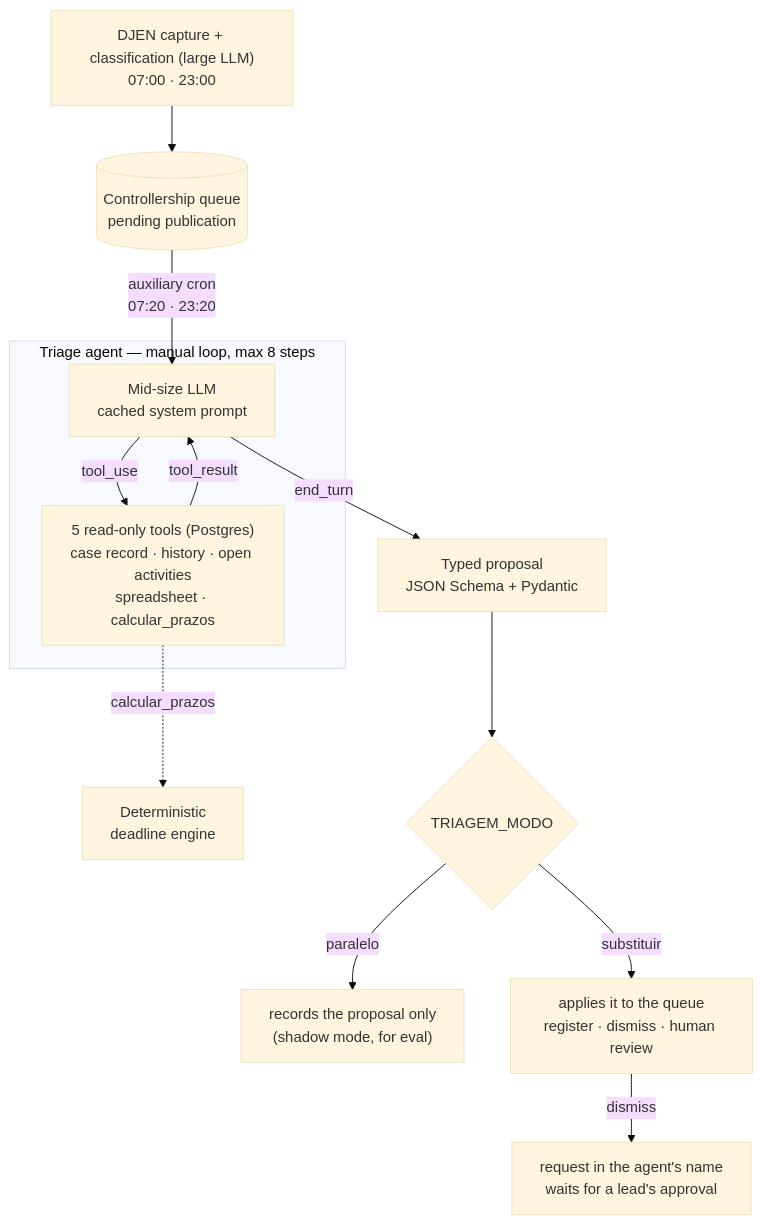
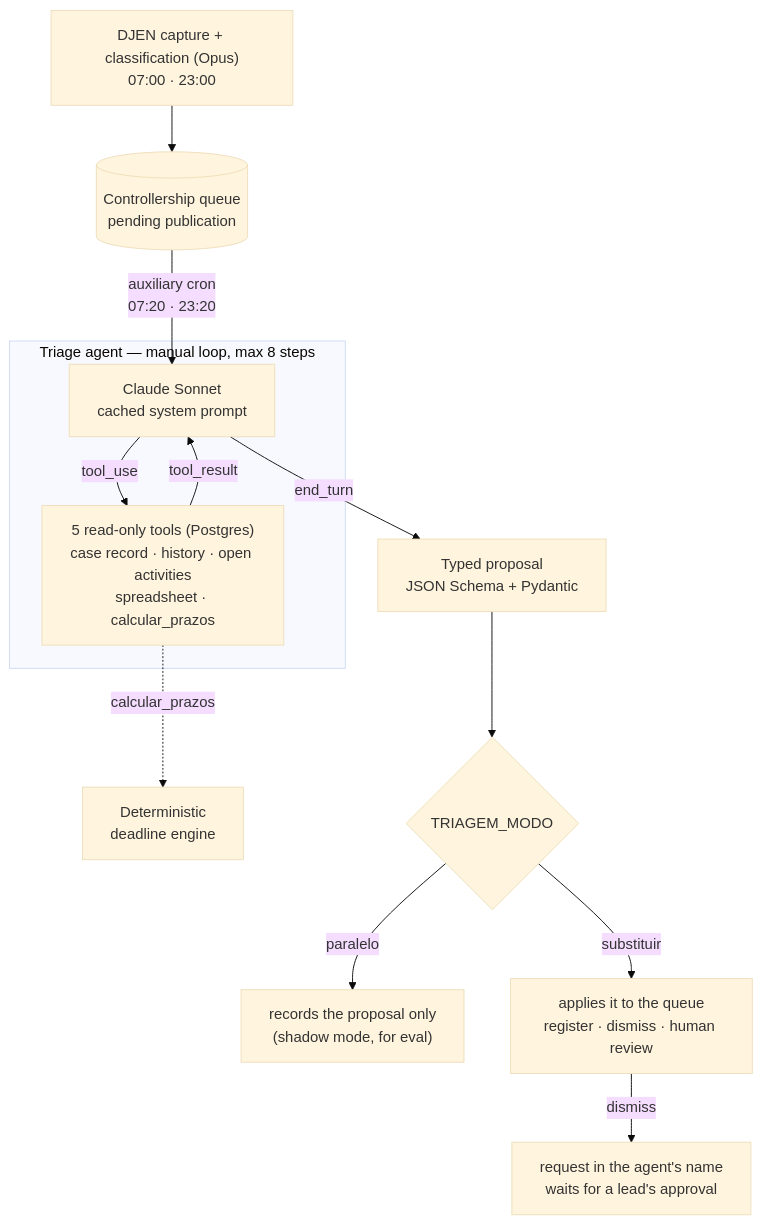
One commit to jmilheiro73/legal-ops-ai changed the second of 2 diagrams in README.en.md. Above: the diagram before and after it, drawn with Mermaid (base theme). The commit also changed other lines of this file and 5 other files, not shown here.

````diff
--- a/README.en.md
+++ b/README.en.md
@@ -114,17 +114,17 @@
 ```mermaid
 flowchart TD
-    CAP["DJEN capture + classification (large LLM)\n07:00 · 23:00"] --> QUEUE[("Controllership queue\npending publication")]
+    CAP["DJEN capture + classification (Opus)\n07:00 · 23:00"] --> QUEUE[("Controllership queue\npending publication")]
     QUEUE -- "auxiliary cron\n07:20 · 23:20" --> LLM
     subgraph LOOP["Triage agent — manual loop, max 8 steps"]
-        LLM["Mid-size LLM\ncached system prompt"]
+        LLM["Claude Sonnet\ncached system prompt"]
         TOOLS["5 read-only tools (Postgres)\ncase record · history · open activities\nspreadsheet · calcular_prazos"]
         LLM -- "tool_use" --> TOOLS
         TOOLS -- "tool_result" --> LLM
     end
     TOOLS -. "calcular_prazos" .-> ENGINE["Deterministic\ndeadline engine"]
     LLM -- "end_turn" --> PROP["Typed proposal\nJSON Schema + Pydantic"]
     PROP --> MODE{"TRIAGEM_MODO"}
     MODE -- "paralelo" --> SHADOW["records the proposal only\n(shadow mode, for eval)"]
     MODE -- "substituir" --> APPLY["applies it to the queue\nregister · dismiss · human review"]
     APPLY -- "dismiss" --> LEAD["request in the agent's name\nwaits for a lead's approval"]
 ```
````
